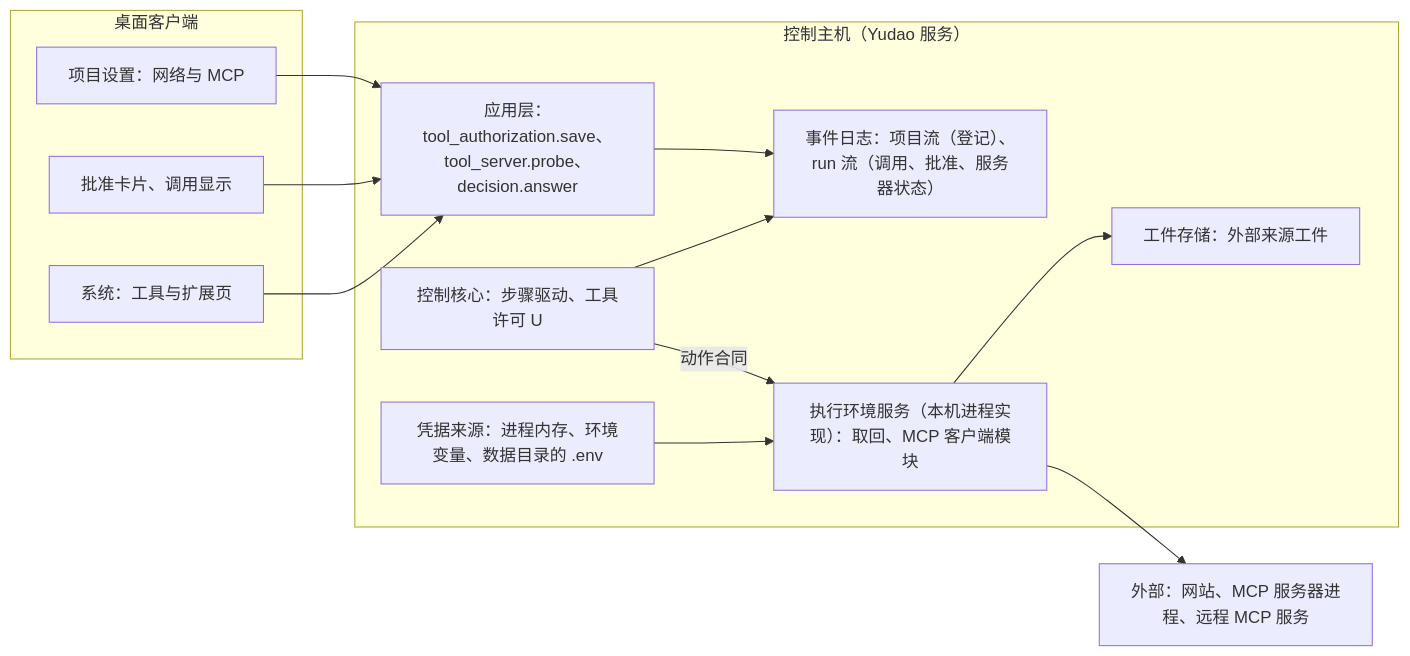
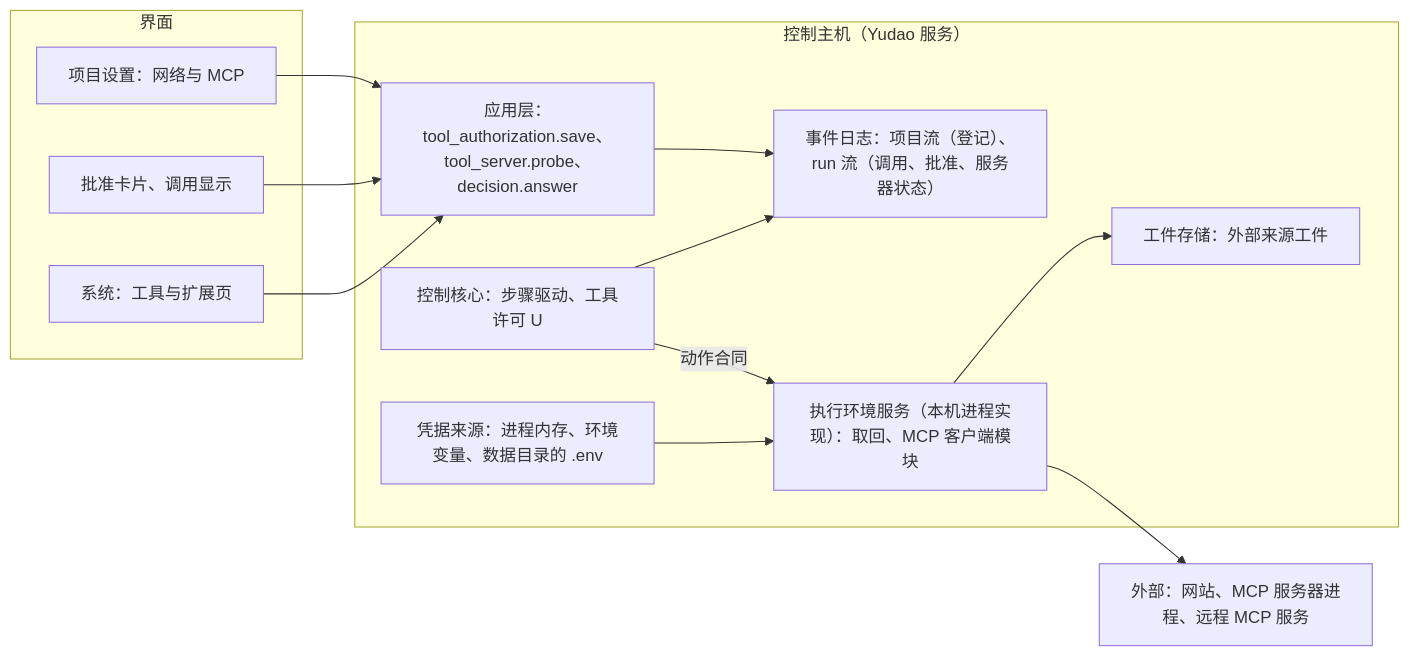
The first of 2 diagrams in docs/design/network-and-mcp.md (bender2333/yudao), drawn with Mermaid before and after one commit. The commit also changed other lines of this file and 31 other files, not shown here.

````diff
--- a/docs/design/network-and-mcp.md
+++ b/docs/design/network-and-mcp.md
@@ -35,26 +35,26 @@
 ```mermaid
 flowchart LR
-  subgraph Client["桌面客户端"]
+  subgraph Client["界面"]
     Set["项目设置：网络与 MCP"]
     Card["批准卡片、调用显示"]
     Page["系统：工具与扩展页"]
   end
   subgraph Host["控制主机（Yudao 服务）"]
     App["应用层：tool_authorization.save、tool_server.probe、decision.answer"]
     Log["事件日志：项目流（登记）、run 流（调用、批准、服务器状态）"]
     Core["控制核心：步骤驱动、工具许可 U"]
     Exec["执行环境服务（本机进程实现）：取回、MCP 客户端模块"]
     Art["工件存储：外部来源工件"]
     Cred["凭据来源：进程内存、环境变量、数据目录的 .env"]
   end
   Ext["外部：网站、MCP 服务器进程、远程 MCP 服务"]
   Set --> App
   Card --> App
   Page --> App
   App --> Log
   Core --> Log
   Core -->|"动作合同"| Exec
   Exec --> Ext
   Exec --> Art
   Cred --> Exec
 ```
````
